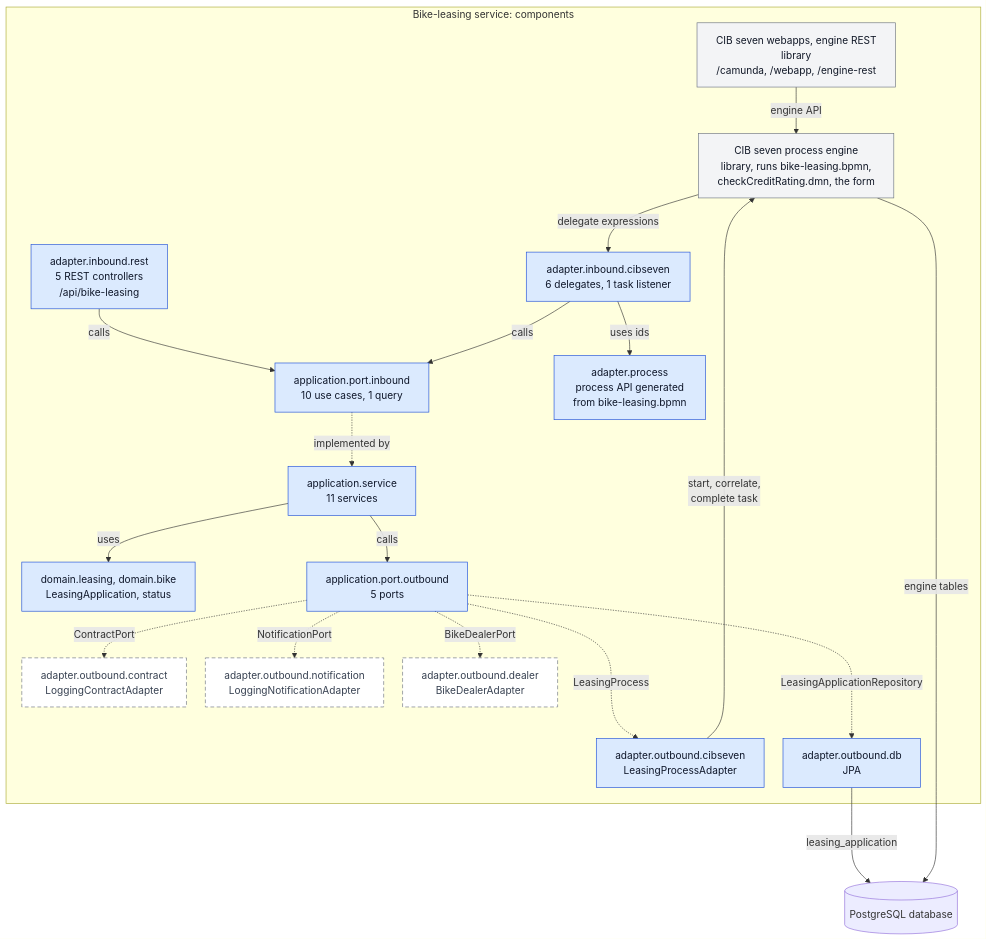
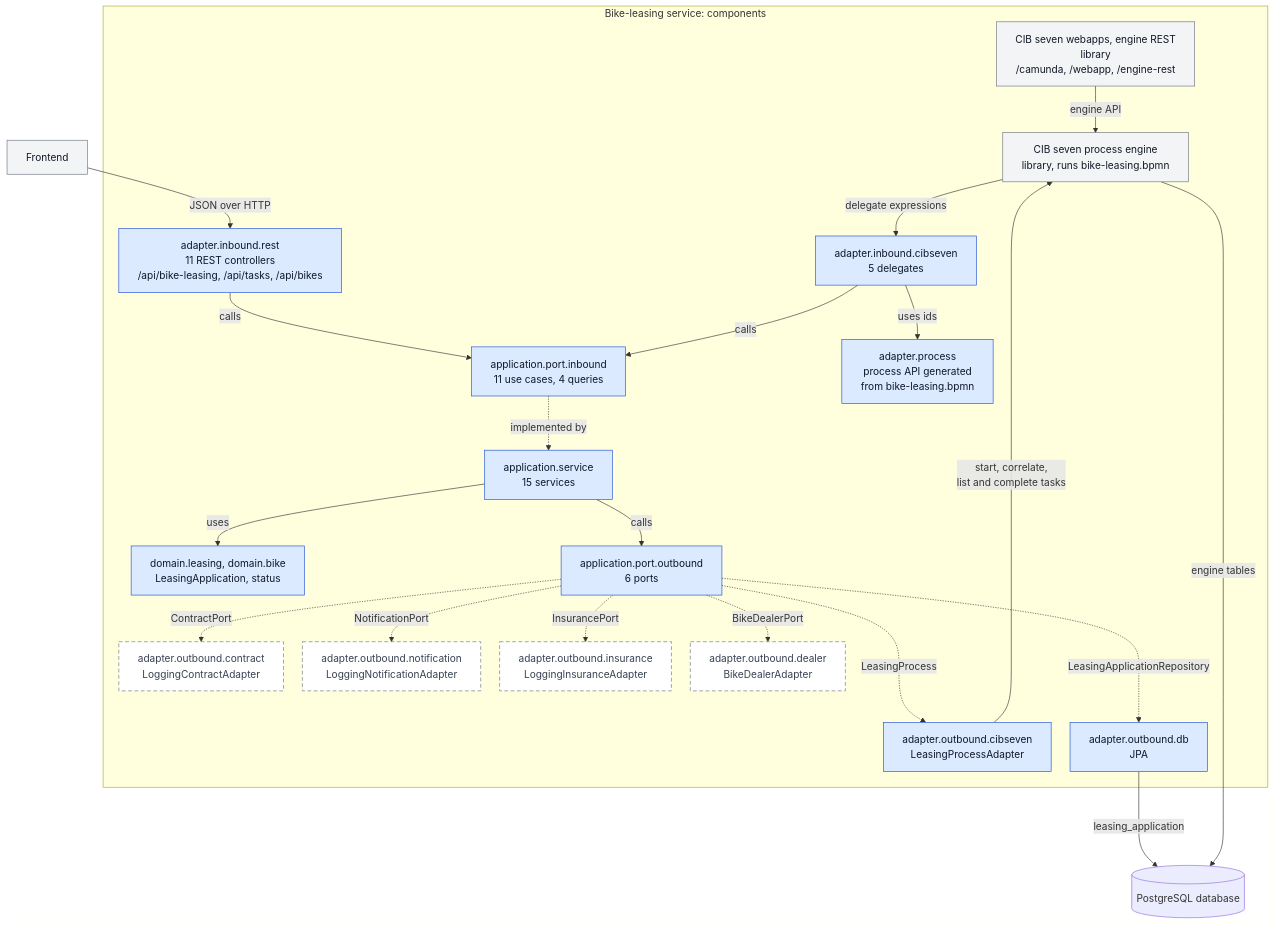
One commit to Miragon/miragon-ai-example changed the second of 2 diagrams in docs/architecture/c4-container.md. Above: the diagram before and after it, drawn with Mermaid. The commit also changed other lines of this file and 21 other files, not shown here.

First line of the commit message:
docs: rewrite the designIQ workspace for the new process and frontend

````diff
--- a/docs/architecture/c4-container.md
+++ b/docs/architecture/c4-container.md
@@ -75,45 +90,49 @@
 ```mermaid
 %%{init: {"flowchart": {"wrappingWidth": 300, "nodeSpacing": 30}}}%%
 flowchart TB
   subgraph service["Bike-leasing service: components"]
     webapps["CIB seven webapps, engine REST<br/>library<br/>/camunda, /webapp, /engine-rest"]
-    rest["adapter.inbound.rest<br/>5 REST controllers<br/>/api/bike-leasing"]
-    engine["CIB seven process engine<br/>library, runs bike-leasing.bpmn,<br/>checkCreditRating.dmn, the form"]
-    delegates["adapter.inbound.cibseven<br/>6 delegates, 1 task listener"]
-    inPorts["application.port.inbound<br/>10 use cases, 1 query"]
+    rest["adapter.inbound.rest<br/>11 REST controllers<br/>/api/bike-leasing, /api/tasks, /api/bikes"]
+    engine["CIB seven process engine<br/>library, runs bike-leasing.bpmn"]
+    delegates["adapter.inbound.cibseven<br/>5 delegates"]
+    inPorts["application.port.inbound<br/>11 use cases, 4 queries"]
     processApi["adapter.process<br/>process API generated<br/>from bike-leasing.bpmn"]
-    services["application.service<br/>11 services"]
+    services["application.service<br/>15 services"]
     domain["domain.leasing, domain.bike<br/>LeasingApplication, status"]
-    outPorts["application.port.outbound<br/>5 ports"]
+    outPorts["application.port.outbound<br/>6 ports"]
     processAdapter["adapter.outbound.cibseven<br/>LeasingProcessAdapter"]
     db["adapter.outbound.db<br/>JPA"]
     contractAdapter["adapter.outbound.contract<br/>LoggingContractAdapter"]
     notificationAdapter["adapter.outbound.notification<br/>LoggingNotificationAdapter"]
+    insuranceAdapter["adapter.outbound.insurance<br/>LoggingInsuranceAdapter"]
     dealerAdapter["adapter.outbound.dealer<br/>BikeDealerAdapter"]
   end
+  frontend["Frontend"]
   database[("PostgreSQL database")]
 
+  frontend -->|"JSON over HTTP"| rest
   webapps -->|"engine API"| engine
   engine -->|"delegate expressions"| delegates
   rest -->|"calls"| inPorts
   delegates -->|"calls"| inPorts
   delegates -->|"uses ids"| processApi
   inPorts -.->|"implemented by"| services
   services -->|"uses"| domain
   services -->|"calls"| outPorts
   outPorts -..->|"LeasingProcess"| processAdapter
   outPorts -..->|"LeasingApplicationRepository"| db
   outPorts -.->|"ContractPort"| contractAdapter
   outPorts -.->|"NotificationPort"| notificationAdapter
+  outPorts -.->|"InsurancePort"| insuranceAdapter
   outPorts -.->|"BikeDealerPort"| dealerAdapter
-  processAdapter -->|"start, correlate,<br/>complete task"| engine
+  processAdapter -->|"start, correlate,<br/>list and complete tasks"| engine
   db --->|"leasing_application"| database
   engine -->|"engine tables"| database
 
   classDef pkg fill:#dbeafe,stroke:#1d4ed8,color:#0f172a
   classDef library fill:#f3f4f6,stroke:#6b7280,color:#111827
   classDef simulated fill:#ffffff,stroke:#6b7280,stroke-dasharray:6 4,color:#374151
   class rest,delegates,inPorts,processApi,services,domain,outPorts,processAdapter,db pkg
-  class webapps,engine library
-  class contractAdapter,notificationAdapter,dealerAdapter simulated
+  class webapps,engine,frontend library
+  class contractAdapter,notificationAdapter,insuranceAdapter,dealerAdapter simulated
 ```
````
